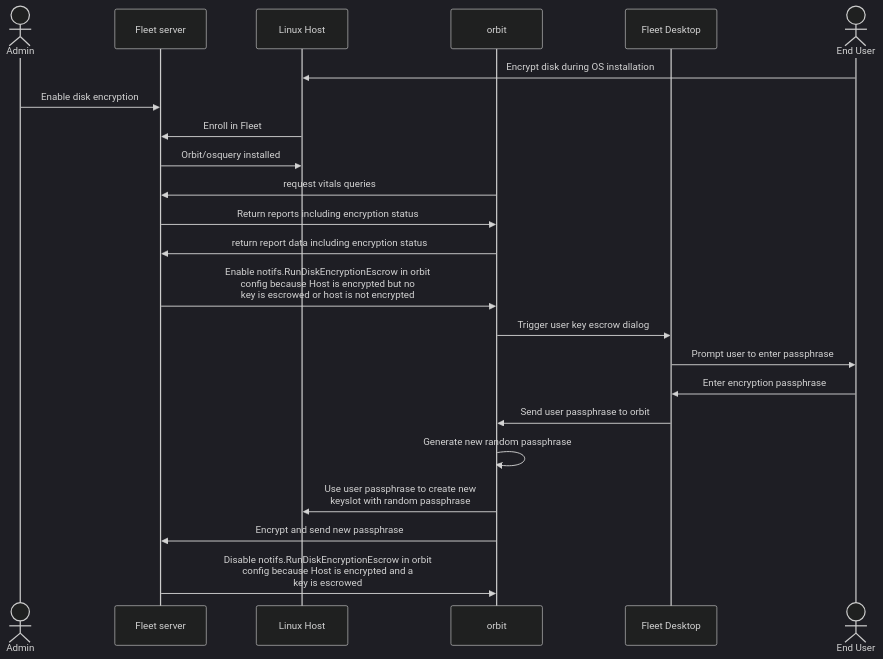
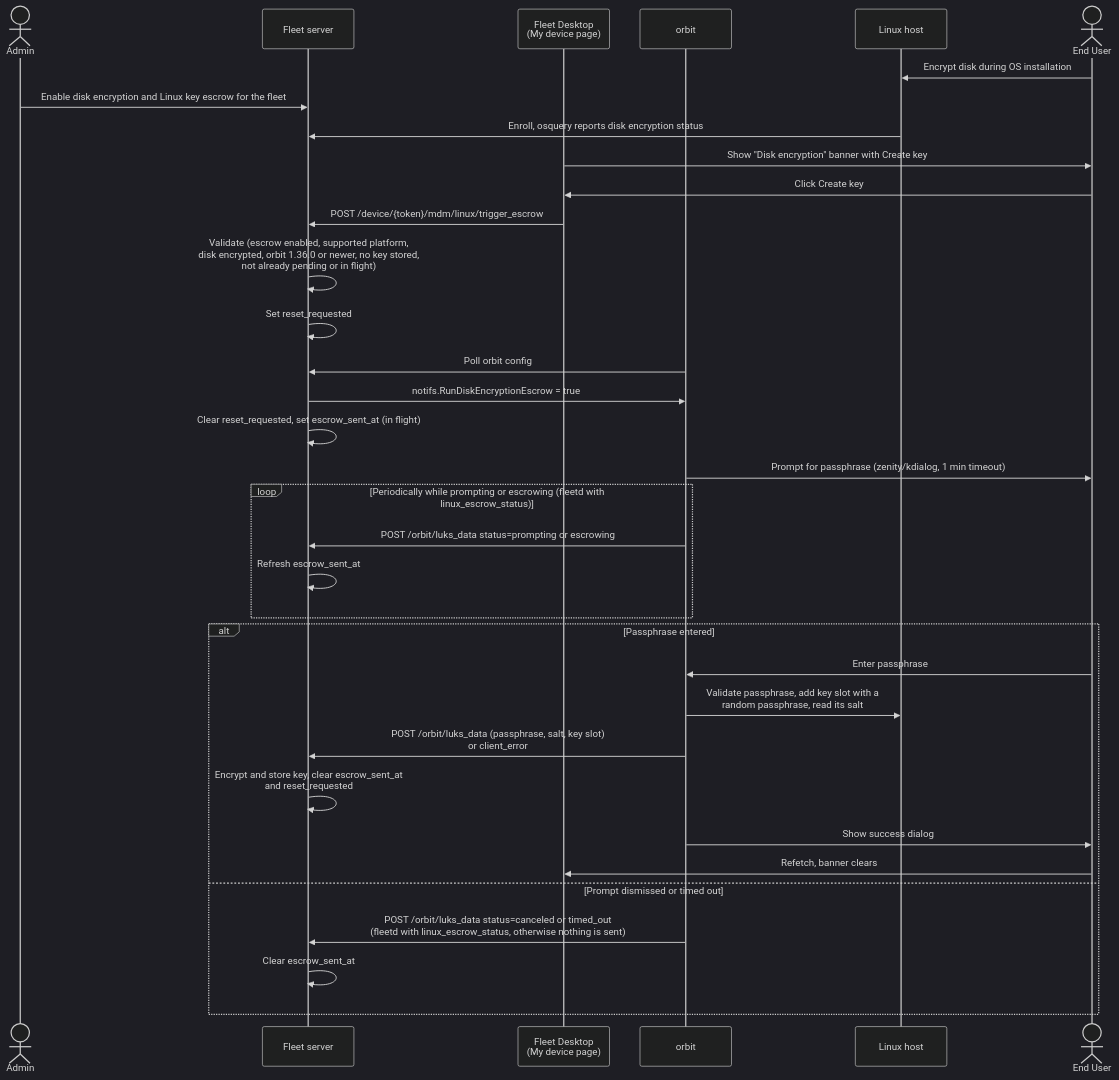
The fourth of 5 diagrams in docs/Contributing/architecture/mdm/disk-encryption.md (fleetdm/fleet), drawn with Mermaid (dark theme) before and after one commit. The commit also changed other lines of this file and 1 other file, not shown here.

Commit message:
Docs: Describe how Linux LUKS key escrow tracks a request in flight
Fleet now records when an escrow request is handed to orbit and refuses
to queue another one while that request is still in progress, so the end
user is not prompted for their passphrase twice. Neither the
architecture reference nor the API reference described that, and both
described a flow that no longer matches the endpoints.

Rewrite the LUKS section of the disk encryption architecture doc: say up
front which hosts are eligible and what escrow does to the disk, expand
the sequence diagram to cover the whole lifecycle, including the status
heartbeats and the dismissed or timed-out branch, and explain the
in-flight window, what ends it early, and what happens when it expires
while the end user is still at the prompt.

Document the two API changes it rests on: trigger_escrow answers 409
Conflict with a Retry-After header when a request is already in flight,
and luks_data takes a status field (prompting, escrowing, canceled,
timed_out) from agents talking to a server that advertises the
linux_escrow_status capability.

The behavior itself ships in #52674.

````diff
--- a/docs/Contributing/architecture/mdm/disk-encryption.md
+++ b/docs/Contributing/architecture/mdm/disk-encryption.md
@@ -211,25 +212,36 @@
 ```mermaid
 sequenceDiagram
         actor Admin
         participant fleet as Fleet server
-        participant host as Linux Host
+        participant desktop as Fleet Desktop<br>(My device page)
         participant fleetd as orbit
-        participant desktop as Fleet Desktop
+        participant host as Linux host
         actor user as End User
         user->>host: Encrypt disk during OS installation
-        Admin->>fleet: Enable disk encryption
-        host->>fleet: Enroll in Fleet
-        fleet->>host: Orbit/osquery installed
-        fleetd->>fleet: request vitals queries
-        fleet->>fleetd: Return reports including encryption status
-        fleetd->>fleet: return report data including encryption status
-        fleet->>fleetd: Enable notifs.RunDiskEncryptionEscrow in orbit<br>config because Host is encrypted but no<br>key is escrowed or host is not encrypted
-        fleetd->>desktop: Trigger user key escrow dialog
-        desktop->>user: Prompt user to enter passphrase
-        user->>desktop: Enter encryption passphrase
-        desktop->>fleetd: Send user passphrase to orbit
-        fleetd->>fleetd: Generate new random passphrase
-        fleetd->>host: Use user passphrase to create new<br>keyslot with random passphrase
-        fleetd->>fleet: Encrypt and send new passphrase
-        fleet->>fleetd: Disable notifs.RunDiskEncryptionEscrow in orbit<br>config because Host is encrypted and a<br>key is escrowed
+        Admin->>fleet: Enable disk encryption and Linux key escrow for the fleet
+        host->>fleet: Enroll, osquery reports disk encryption status
+        desktop->>user: Show "Disk encryption" banner with Create key
+        user->>desktop: Click Create key
+        desktop->>fleet: POST /device/{token}/mdm/linux/trigger_escrow
+        fleet->>fleet: Validate (escrow enabled, supported platform,<br>disk encrypted, orbit 1.36.0 or newer, no key stored,<br>not already pending or in flight)
+        fleet->>fleet: Set reset_requested
+        fleetd->>fleet: Poll orbit config
+        fleet->>fleetd: notifs.RunDiskEncryptionEscrow = true
+        fleet->>fleet: Clear reset_requested, set escrow_sent_at (in flight)
+        fleetd->>user: Prompt for passphrase (zenity/kdialog, 1 min timeout)
+        loop Periodically while prompting or escrowing (fleetd with linux_escrow_status)
+            fleetd->>fleet: POST /orbit/luks_data status=prompting or escrowing
+            fleet->>fleet: Refresh escrow_sent_at
+        end
+        alt Passphrase entered
+            user->>fleetd: Enter passphrase
+            fleetd->>host: Validate passphrase, add key slot with a<br>random passphrase, read its salt
+            fleetd->>fleet: POST /orbit/luks_data (passphrase, salt, key slot)<br>or client_error
+            fleet->>fleet: Encrypt and store key, clear escrow_sent_at<br>and reset_requested
+            fleetd->>user: Show success dialog
+            user->>desktop: Refetch, banner clears
+        else Prompt dismissed or timed out
+            fleetd->>fleet: POST /orbit/luks_data status=canceled or timed_out<br>(fleetd with linux_escrow_status, otherwise nothing is sent)
+            fleet->>fleet: Clear escrow_sent_at
+        end
 ```
````
